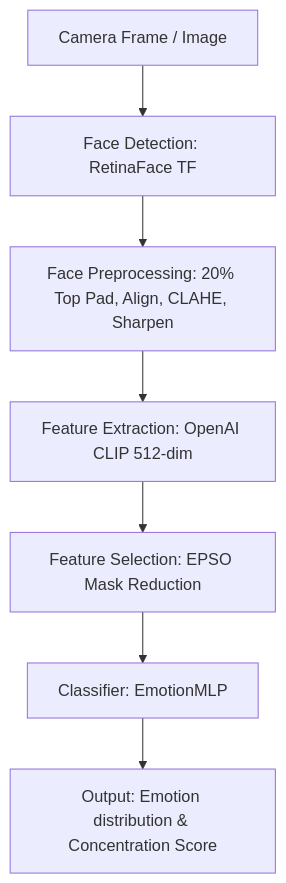
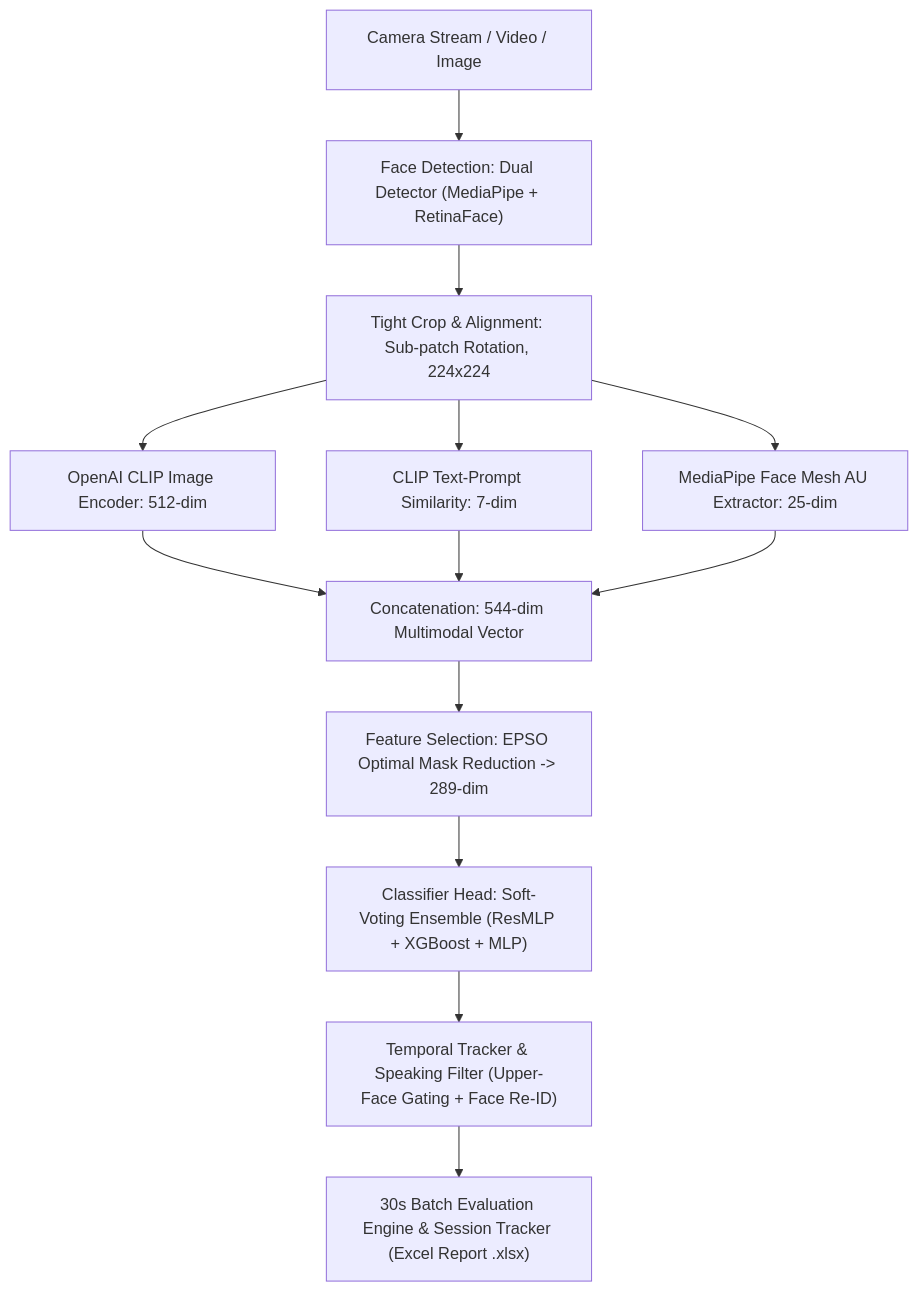
The first of 3 diagrams in README.md (DungLe2005/Emotion_Concentration-), drawn with Mermaid before and after one commit. The commit also changed other lines of this file and 36 other files, not shown here.

````diff
--- a/README.md
+++ b/README.md
@@ -16,9 +33,13 @@
 ```mermaid
-graph TD
-    A[Camera Frame / Image] --> B[Face Detection: RetinaFace TF]
-    B --> C[Face Preprocessing: 20% Top Pad, Align, CLAHE, Sharpen]
-    C --> D[Feature Extraction: OpenAI CLIP 512-dim]
-    D --> E[Feature Selection: EPSO Mask Reduction]
-    E --> F[Classifier: EmotionMLP]
-    F --> G[Output: Emotion distribution & Concentration Score]
+flowchart TD
+    A["Camera Stream / Video / Image"] --> B["Face Detection: Dual Detector (MediaPipe + RetinaFace)"]
+    B --> C["Tight Crop & Alignment: Sub-patch Rotation, 224x224"]
+    C --> D1["OpenAI CLIP Image Encoder: 512-dim"]
+    C --> D2["CLIP Text-Prompt Similarity: 7-dim"]
+    C --> D3["MediaPipe Face Mesh AU Extractor: 25-dim"]
+    D1 & D2 & D3 --> E["Concatenation: 544-dim Multimodal Vector"]
+    E --> F["Feature Selection: EPSO Optimal Mask Reduction -> 289-dim"]
+    F --> G["Classifier Head: Soft-Voting Ensemble (ResMLP + XGBoost + MLP)"]
+    G --> T["Temporal Tracker & Speaking Filter (Upper-Face Gating + Face Re-ID)"]
+    T --> H["30s Batch Evaluation Engine & Session Tracker (Excel Report .xlsx)"]
 ```
````
